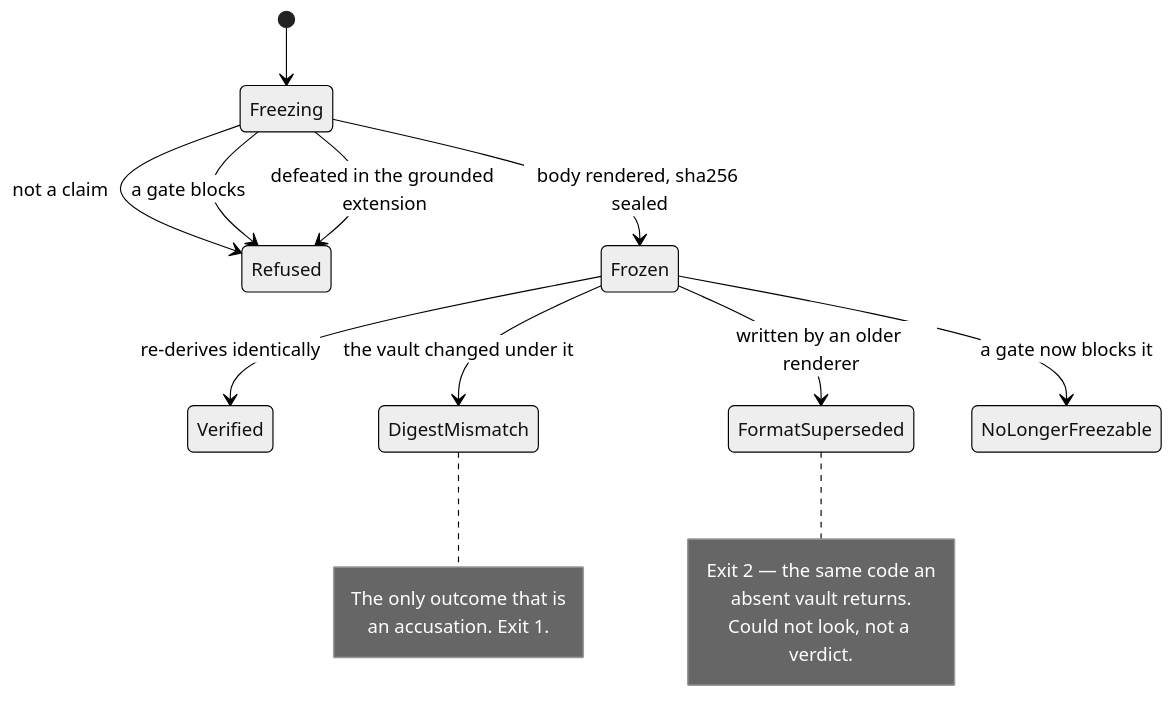
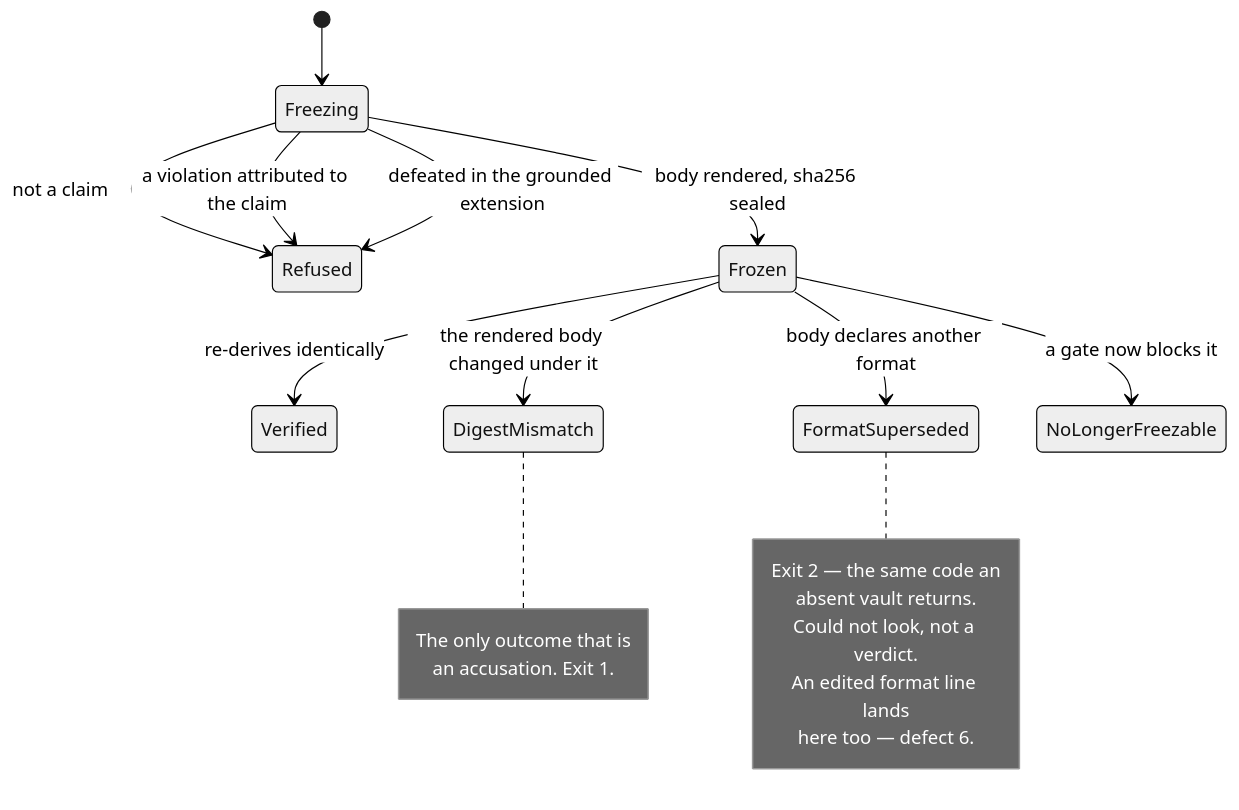
Before and after one commit to SecurityRonin/peira: the sixth of 7 diagrams in docs/architecture.md, drawn with Mermaid (neutral theme). The commit also changed other lines of this file and 4 other files, not shown here.

````diff
--- a/docs/architecture.md
+++ b/docs/architecture.md
@@ -142,23 +266,25 @@
 ```mermaid
 stateDiagram-v2
     [*] --> Freezing
     Freezing --> Refused: not a claim
-    Freezing --> Refused: a gate blocks
+    Freezing --> Refused: a violation attributed to the claim
     Freezing --> Refused: defeated in the grounded extension
     Freezing --> Frozen: body rendered, sha256 sealed
 
     Frozen --> Verified: re-derives identically
-    Frozen --> DigestMismatch: the vault changed under it
-    Frozen --> FormatSuperseded: written by an older renderer
+    Frozen --> DigestMismatch: the rendered body changed under it
+    Frozen --> FormatSuperseded: body declares another format
     Frozen --> NoLongerFreezable: a gate now blocks it
 
     note right of DigestMismatch
         The only outcome that is
         an accusation. Exit 1.
     end note
     note right of FormatSuperseded
         Exit 2 — the same code an
         absent vault returns.
         Could not look, not a verdict.
+        An edited format line lands
+        here too — defect 6.
     end note
 ```
````
